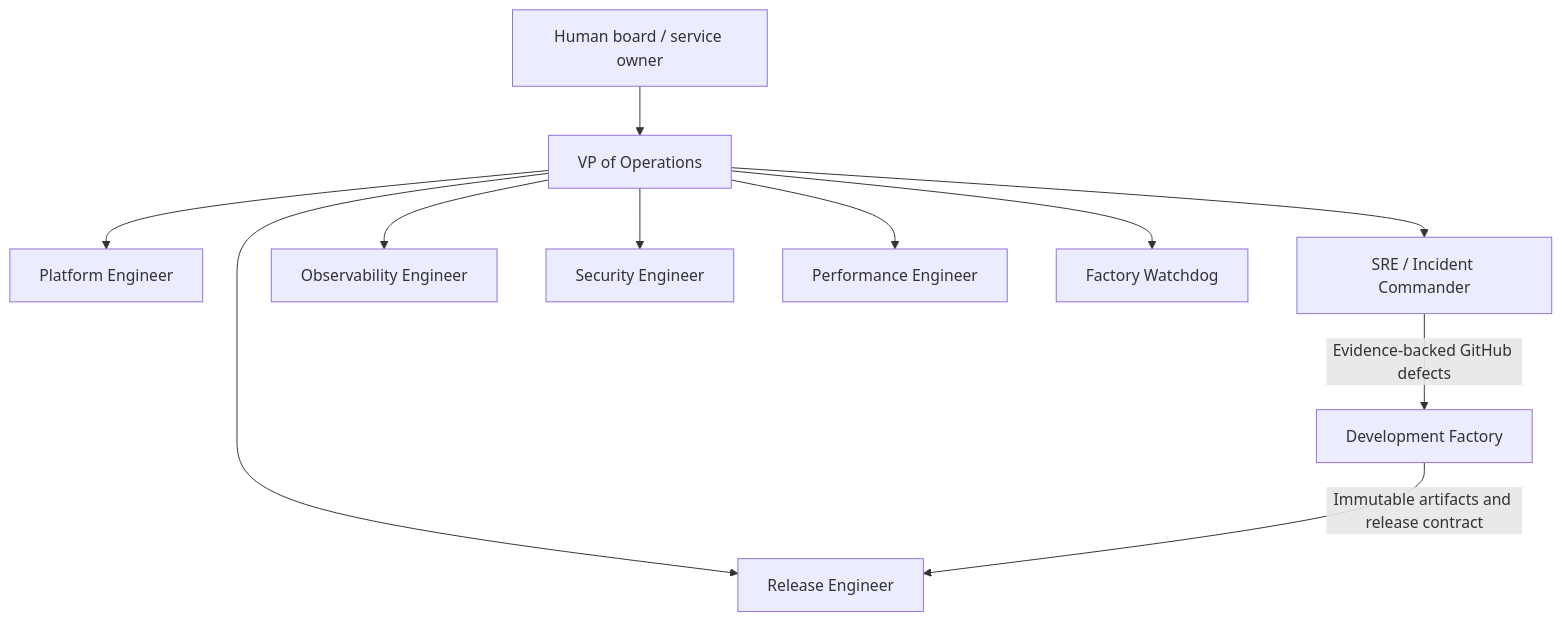
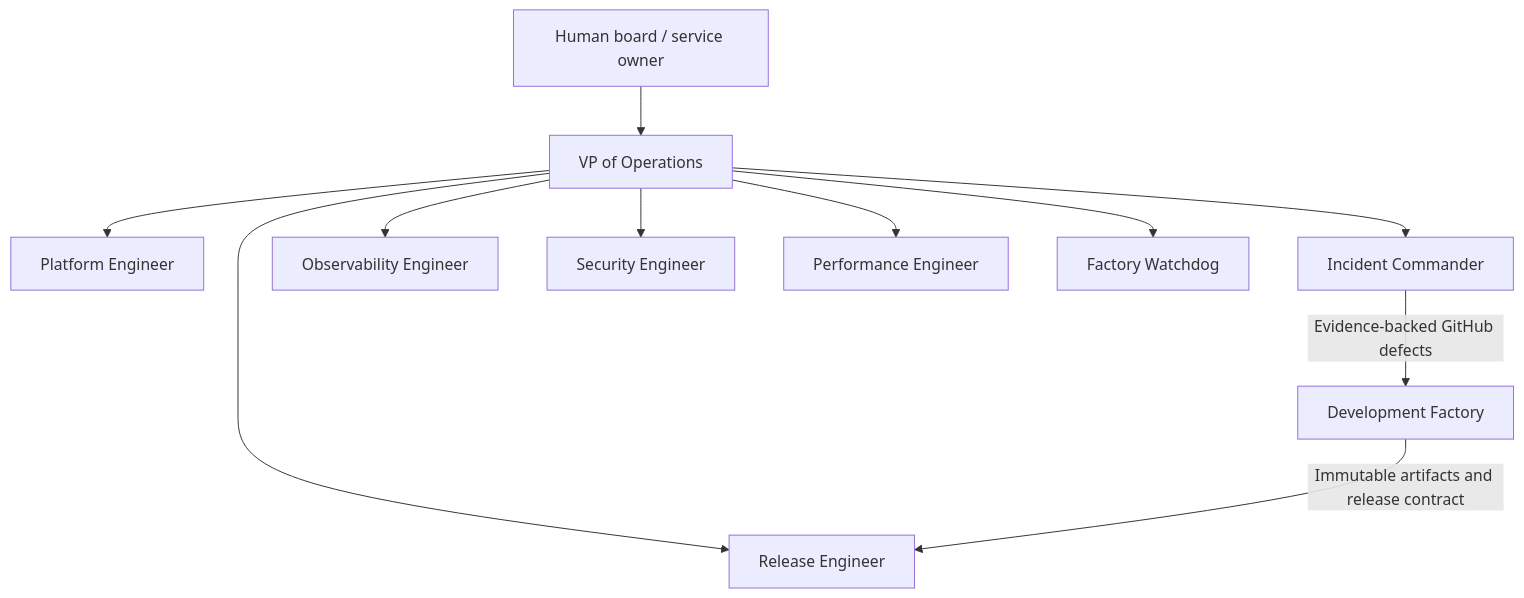
The diagram in docs/organization.md (rolandtritsch/pcc-devops-demo), drawn with Mermaid before and after one commit. The commit also changed other lines of this file and 14 other files, not shown here.

Commit message:
Rename the SRE role to Incident Commander

````diff
--- a/docs/organization.md
+++ b/docs/organization.md
@@ -5,13 +5,13 @@
 ```mermaid
 flowchart TD
     Board[Human board / service owner] --> VP[VP of Operations]
     VP --> Release[Release Engineer]
     VP --> Platform[Platform Engineer]
-    VP --> SRE[SRE / Incident Commander]
+    VP --> IC[Incident Commander]
     VP --> Observe[Observability Engineer]
     VP --> Security[Security Engineer]
     VP --> Performance[Performance Engineer]
     VP --> Watchdog[Factory Watchdog]
     Development[Development Factory] -->|Immutable artifacts and release contract| Release
-    SRE -->|Evidence-backed GitHub defects| Development
+    IC -->|Evidence-backed GitHub defects| Development
 ```
````
